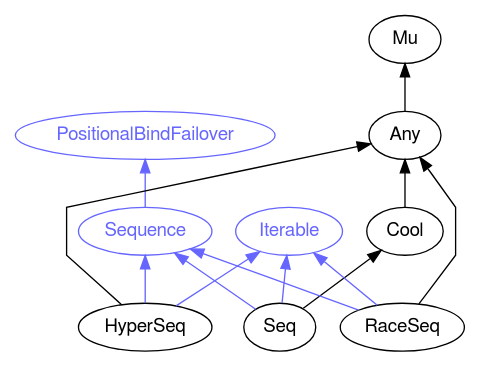
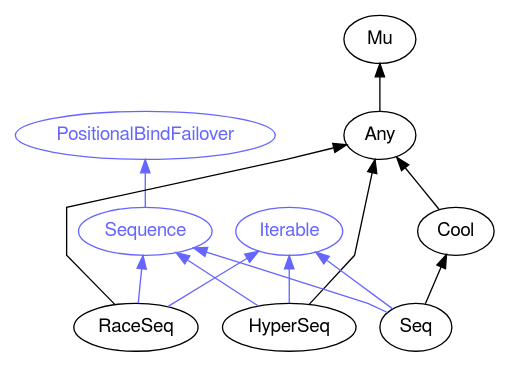
One commit to rakudocs/rakudocs.github.io changed the diagram in images/type-graph-PositionalBindFailover.svg.dot. Above: the diagram before and after it, drawn with Graphviz. The commit also changed other lines of this file and 450 other files, not shown here.

```diff
--- a/images/type-graph-PositionalBindFailover.svg.dot
+++ b/images/type-graph-PositionalBindFailover.svg.dot
@@ -1,31 +1,31 @@
 digraph "perl6-type-graph" {
     rankdir=BT;
     splines=polyline;
     overlap=false; 
     // Types
     "PositionalBindFailover" [color="#6666FF", fontcolor="#6666FF", href="/type/PositionalBindFailover", fontname="FreeSans"];
     "Sequence" [color="#6666FF", fontcolor="#6666FF", href="/type/Sequence", fontname="FreeSans"];
     "Mu" [color="#000000", fontcolor="#000000", href="/type/Mu", fontname="FreeSans"];
     "Any" [color="#000000", fontcolor="#000000", href="/type/Any", fontname="FreeSans"];
+    "Iterable" [color="#6666FF", fontcolor="#6666FF", href="/type/Iterable", fontname="FreeSans"];
+    "HyperSeq" [color="#000000", fontcolor="#000000", href="/type/HyperSeq", fontname="FreeSans"];
     "Cool" [color="#000000", fontcolor="#000000", href="/type/Cool", fontname="FreeSans"];
-    "Iterable" [color="#6666FF", fontcolor="#6666FF", href="/type/Iterable", fontname="FreeSans"];
     "Seq" [color="#000000", fontcolor="#000000", href="/type/Seq", fontname="FreeSans"];
     "RaceSeq" [color="#000000", fontcolor="#000000", href="/type/RaceSeq", fontname="FreeSans"];
-    "HyperSeq" [color="#000000", fontcolor="#000000", href="/type/HyperSeq", fontname="FreeSans"];
 
     // Superclasses
     "Any" -> "Mu" [color="#000000"];
+    "HyperSeq" -> "Any" [color="#000000"];
     "Cool" -> "Any" [color="#000000"];
     "Seq" -> "Cool" [color="#000000"];
     "RaceSeq" -> "Any" [color="#000000"];
-    "HyperSeq" -> "Any" [color="#000000"];
 
     // Roles
     "Sequence" -> "PositionalBindFailover" [color="#6666FF"];
+    "HyperSeq" -> "Iterable" [color="#6666FF"];
+    "HyperSeq" -> "Sequence" [color="#6666FF"];
     "Seq" -> "Iterable" [color="#6666FF"];
     "Seq" -> "Sequence" [color="#6666FF"];
     "RaceSeq" -> "Iterable" [color="#6666FF"];
     "RaceSeq" -> "Sequence" [color="#6666FF"];
-    "HyperSeq" -> "Iterable" [color="#6666FF"];
-    "HyperSeq" -> "Sequence" [color="#6666FF"];
 }
```
